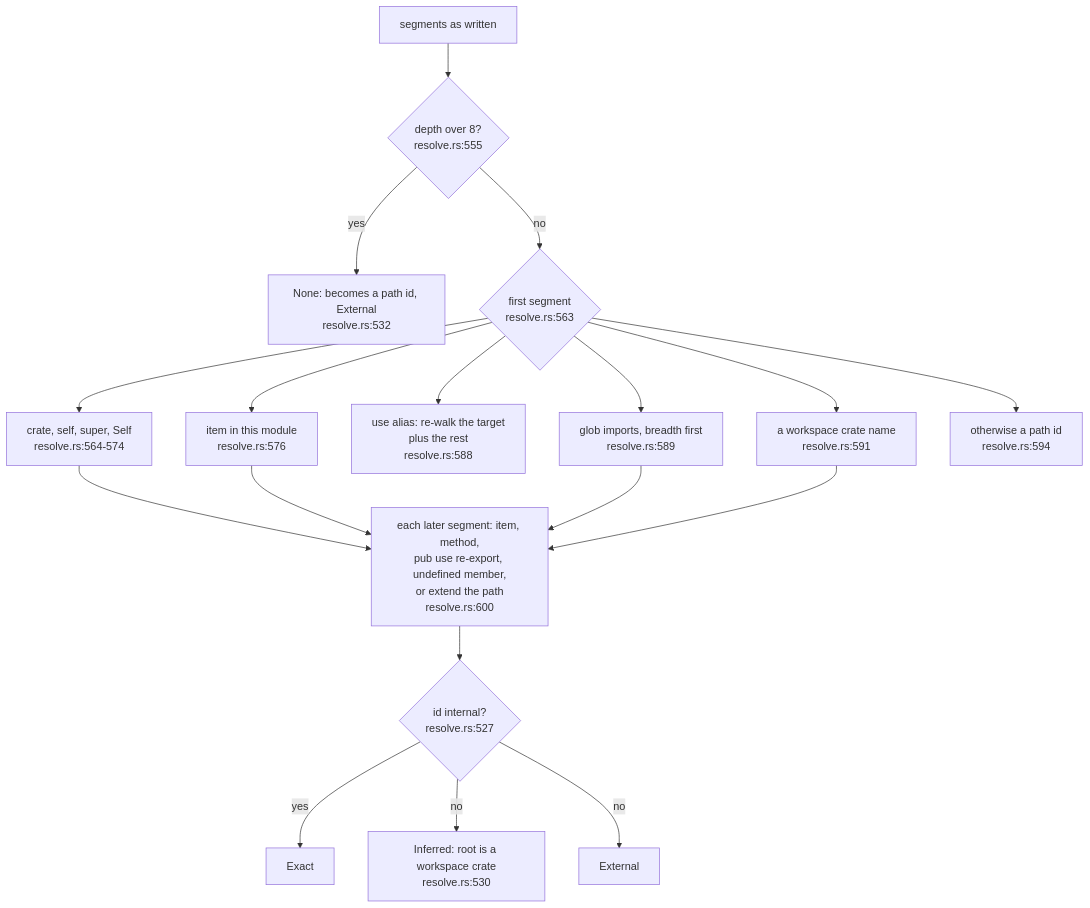
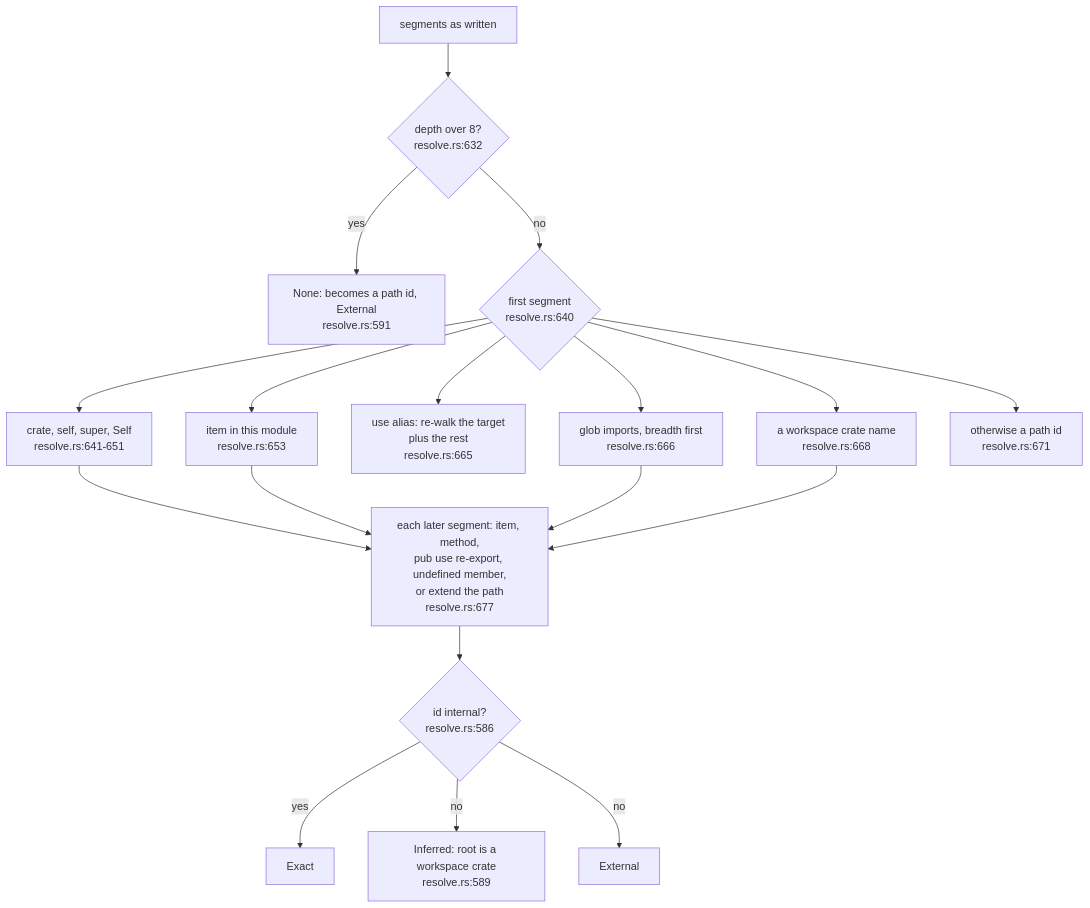
The second of 6 diagrams in docs/diagrams/extract/05-workspace-name-resolution.md (DreamLab-AI/codemaid), drawn with Mermaid before and after one commit. The commit also changed other lines of this file and 8 other files, not shown here.

First line of the commit message:
docs(diagrams): restamp the extract topics to fec7aff; record the generics fix

````diff
--- a/docs/diagrams/extract/05-workspace-name-resolution.md
+++ b/docs/diagrams/extract/05-workspace-name-resolution.md
@@ -98,31 +98,31 @@
 ```mermaid
 flowchart TB
     S["segments as written"]
-    DEP{"depth over 8?<br/>resolve.rs:555"}
-    NONE["None: becomes a path id, External<br/>resolve.rs:532"]
-    F{"first segment<br/>resolve.rs:563"}
-    KW["crate, self, super, Self<br/>resolve.rs:564-574"]
-    LOC["item in this module<br/>resolve.rs:576"]
-    USE["use alias: re-walk the target<br/>plus the rest<br/>resolve.rs:588"]
-    GL["glob imports, breadth first<br/>resolve.rs:589"]
-    CR["a workspace crate name<br/>resolve.rs:591"]
-    PATH["otherwise a path id<br/>resolve.rs:594"]
-    REST["each later segment: item, method,<br/>pub use re-export, undefined member,<br/>or extend the path<br/>resolve.rs:600"]
-    RES{"id internal?<br/>resolve.rs:527"}
+    DEP{"depth over 8?<br/>resolve.rs:632"}
+    NONE["None: becomes a path id, External<br/>resolve.rs:591"]
+    F{"first segment<br/>resolve.rs:640"}
+    KW["crate, self, super, Self<br/>resolve.rs:641-651"]
+    LOC["item in this module<br/>resolve.rs:653"]
+    USE["use alias: re-walk the target<br/>plus the rest<br/>resolve.rs:665"]
+    GL["glob imports, breadth first<br/>resolve.rs:666"]
+    CR["a workspace crate name<br/>resolve.rs:668"]
+    PATH["otherwise a path id<br/>resolve.rs:671"]
+    REST["each later segment: item, method,<br/>pub use re-export, undefined member,<br/>or extend the path<br/>resolve.rs:677"]
+    RES{"id internal?<br/>resolve.rs:586"}
     EXA["Exact"]
-    INF["Inferred: root is a workspace crate<br/>resolve.rs:530"]
+    INF["Inferred: root is a workspace crate<br/>resolve.rs:589"]
     EXT["External"]
     S --> DEP
     DEP -->|yes| NONE
     DEP -->|no| F
     F --> KW --> REST
     F --> LOC --> REST
     F --> USE
     F --> GL --> REST
     F --> CR --> REST
     F --> PATH
     REST --> RES
     RES -->|yes| EXA
     RES -->|no| INF
     RES -->|no| EXT
 ```
````
